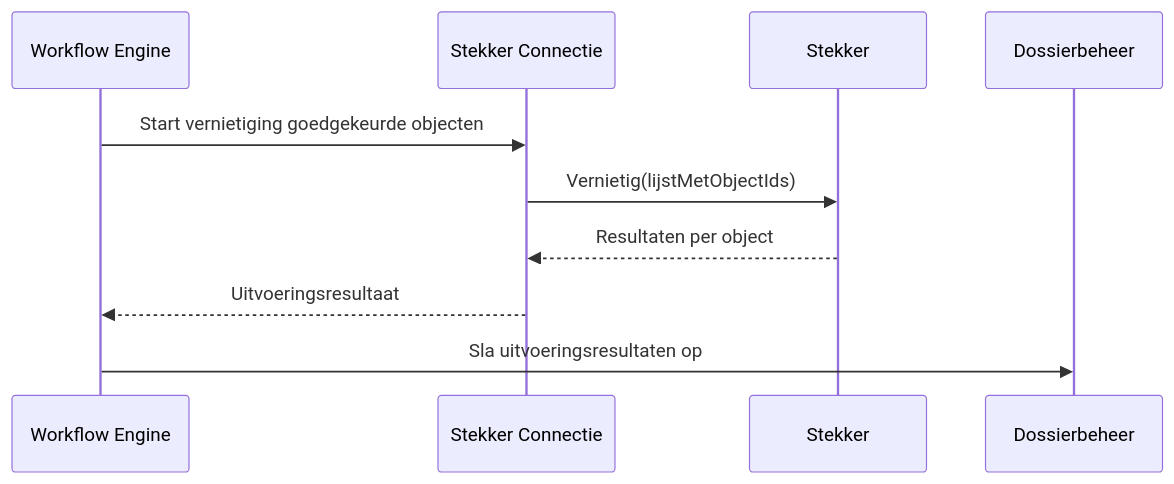
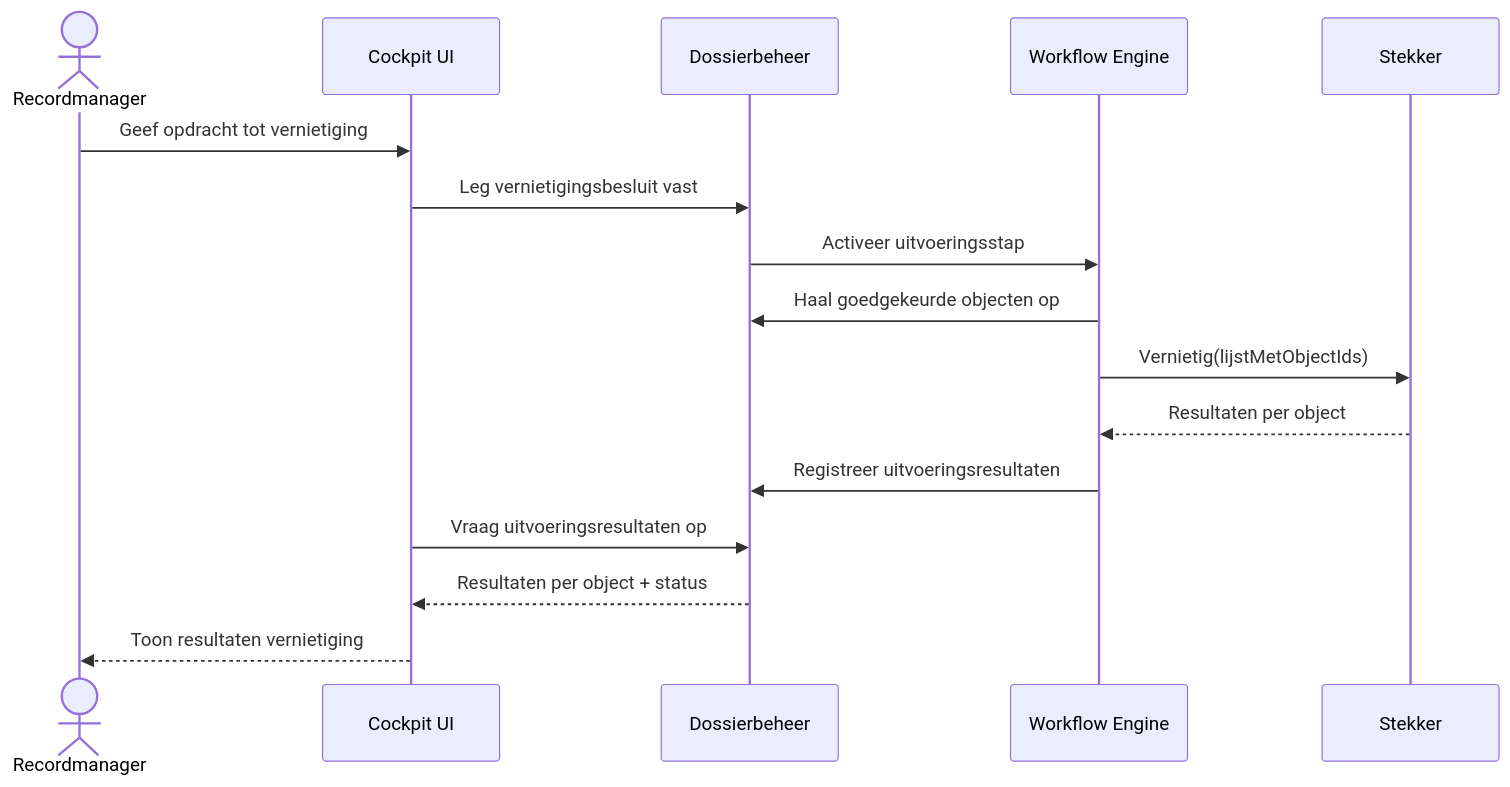
One commit to GemeenteArnhem/Vernietigingscockpit changed the sixth of 11 diagrams in architectuur/sequence-diagrammen.md. Above: the diagram before and after it, drawn with Mermaid. The commit also changed other lines of this file and 10 other files, not shown here.

````diff
--- a/architectuur/sequence-diagrammen.md
+++ b/architectuur/sequence-diagrammen.md
@@ -108,13 +154,22 @@
 ```mermaid
 sequenceDiagram
+    actor RM as Recordmanager
+    participant UI as Cockpit UI
+    participant D as Dossierbeheer
     participant WF as Workflow Engine
-    participant Conn as Stekker Connectie
     participant Stekker
-    participant D as Dossierbeheer
 
-    WF ->> Conn: Start vernietiging goedgekeurde objecten
-    Conn ->> Stekker: Vernietig(lijstMetObjectIds)
-    Stekker -->> Conn: Resultaten per object
-    Conn -->> WF: Uitvoeringsresultaat
-    WF ->> D: Sla uitvoeringsresultaten op
+    RM ->> UI: Geef opdracht tot vernietiging
+    UI ->> D: Leg vernietigingsbesluit vast
+    D ->> WF: Activeer uitvoeringsstap
+
+    WF ->> D: Haal goedgekeurde objecten op
+    WF ->> Stekker: Vernietig(lijstMetObjectIds)
+
+    Stekker -->> WF: Resultaten per object
+    WF ->> D: Registreer uitvoeringsresultaten
+
+    UI ->> D: Vraag uitvoeringsresultaten op
+    D -->> UI: Resultaten per object + status
+    UI -->> RM: Toon resultaten vernietiging
 ```
````
